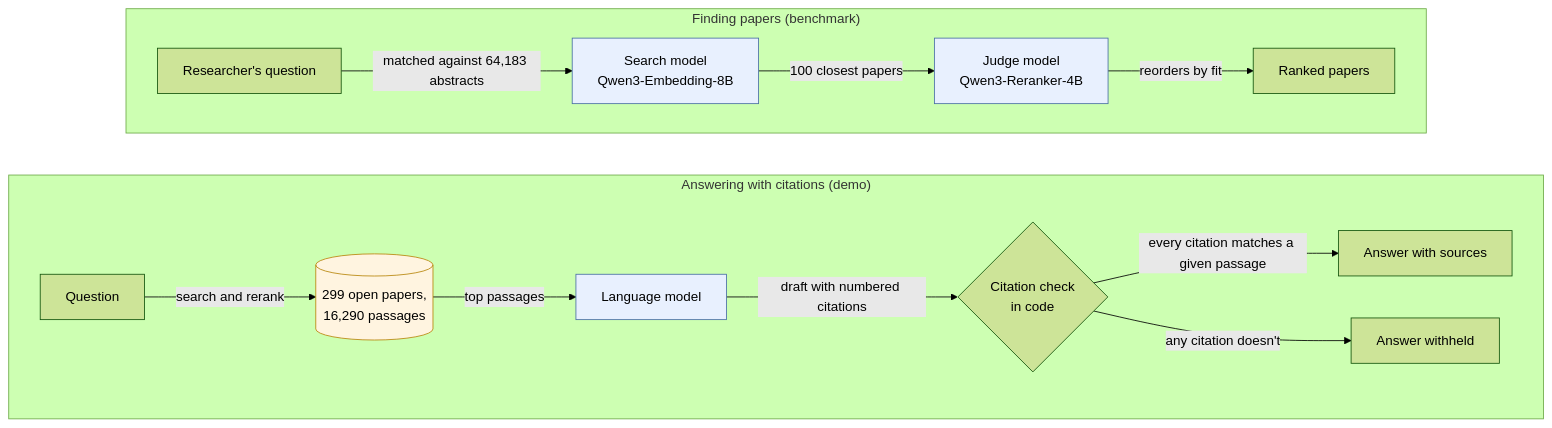
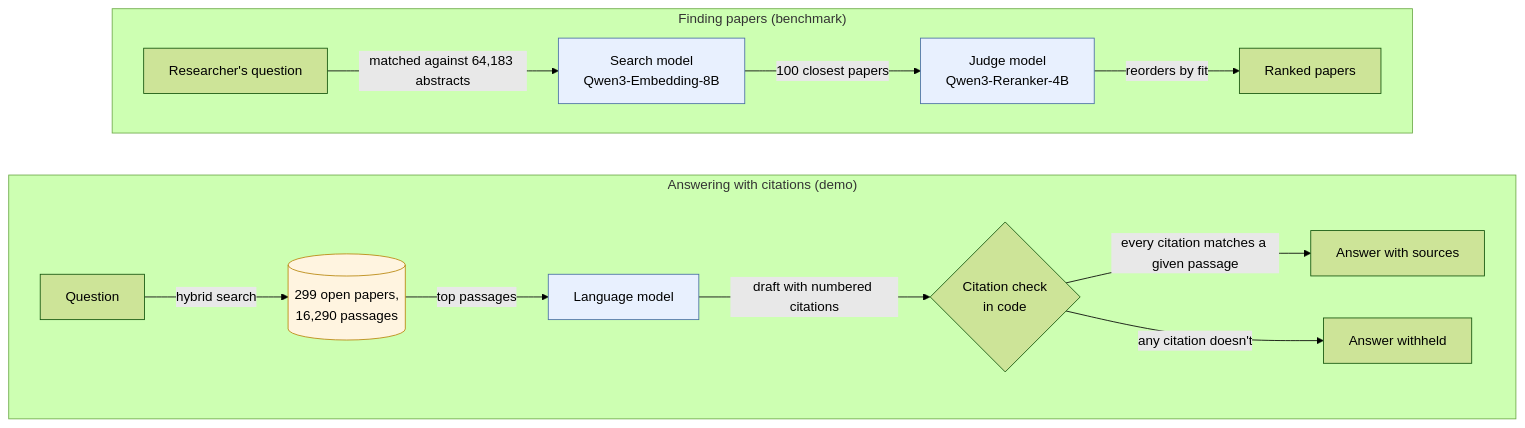
Before and after one commit to pokhriyal-anmol/research-copilot: the diagram in README.md, drawn with Mermaid (forest theme). The commit also changed 5 other files, not shown here.

````diff
--- a/README.md
+++ b/README.md
@@ -18,22 +18,22 @@
 ```mermaid
 flowchart TB
   subgraph find["Finding papers (benchmark)"]
     direction LR
     q[Researcher's question] -->|matched against 64,183 abstracts| embed[Search model<br/>Qwen3-Embedding-8B]
     embed -->|100 closest papers| judge[Judge model<br/>Qwen3-Reranker-4B]
     judge -->|reorders by fit| ranked[Ranked papers]
   end
   subgraph answer["Answering with citations (demo)"]
     direction LR
-    ask[Question] -->|search and rerank| passages[(299 open papers,<br/>16,290 passages)]
+    ask[Question] -->|hybrid search| passages[(299 open papers,<br/>16,290 passages)]
     passages -->|top passages| llm[Language model]
     llm -->|draft with numbered citations| check{Citation check<br/>in code}
     check -->|every citation matches a given passage| reply[Answer with sources]
     check -->|any citation doesn't| withheld[Answer withheld]
   end
   find ~~~ answer
   classDef model fill:#e8f0fe,stroke:#4a6fa5
   classDef store fill:#fff4e0,stroke:#b8860b
   class embed,judge,llm model
   class passages store
 ```
````
